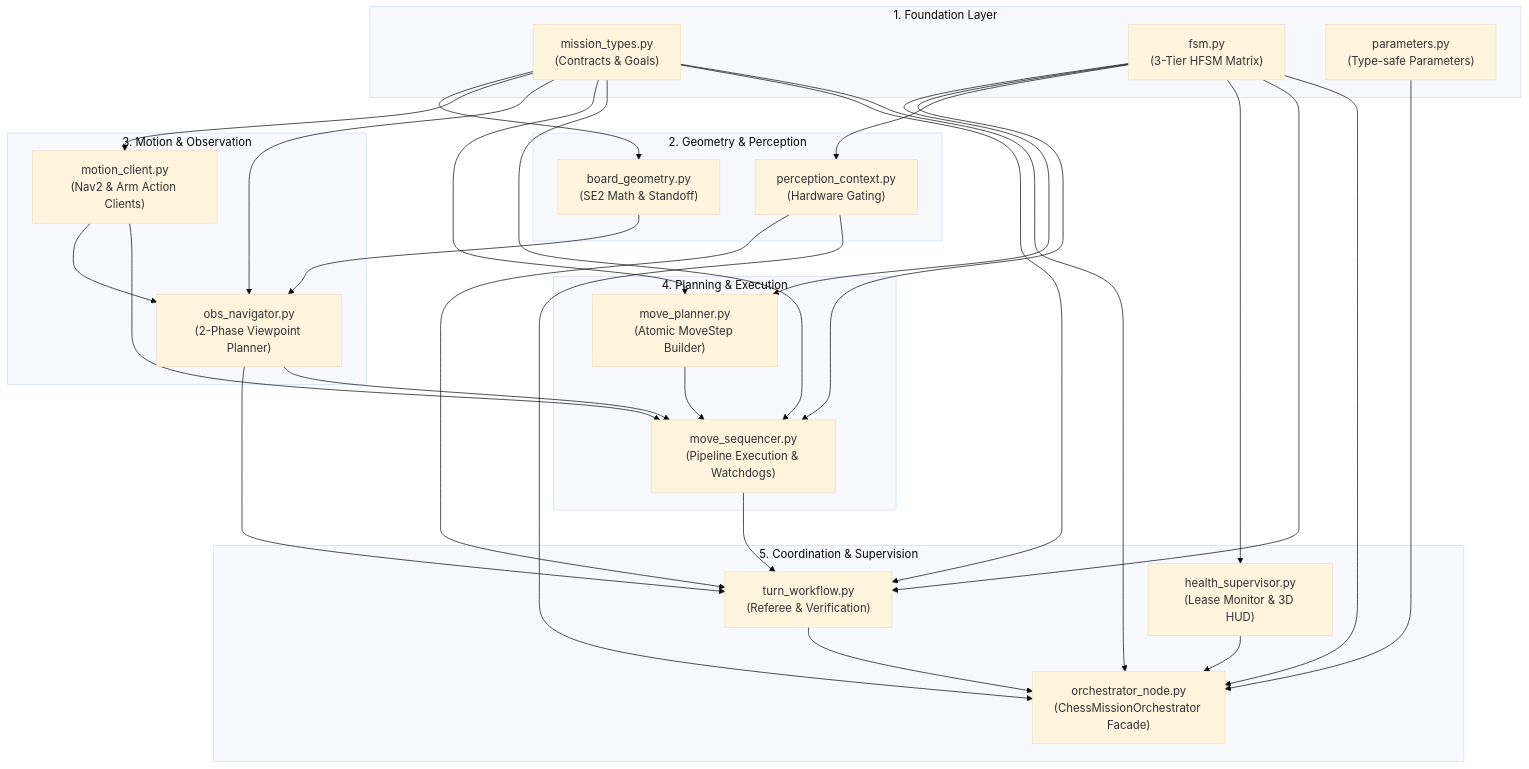
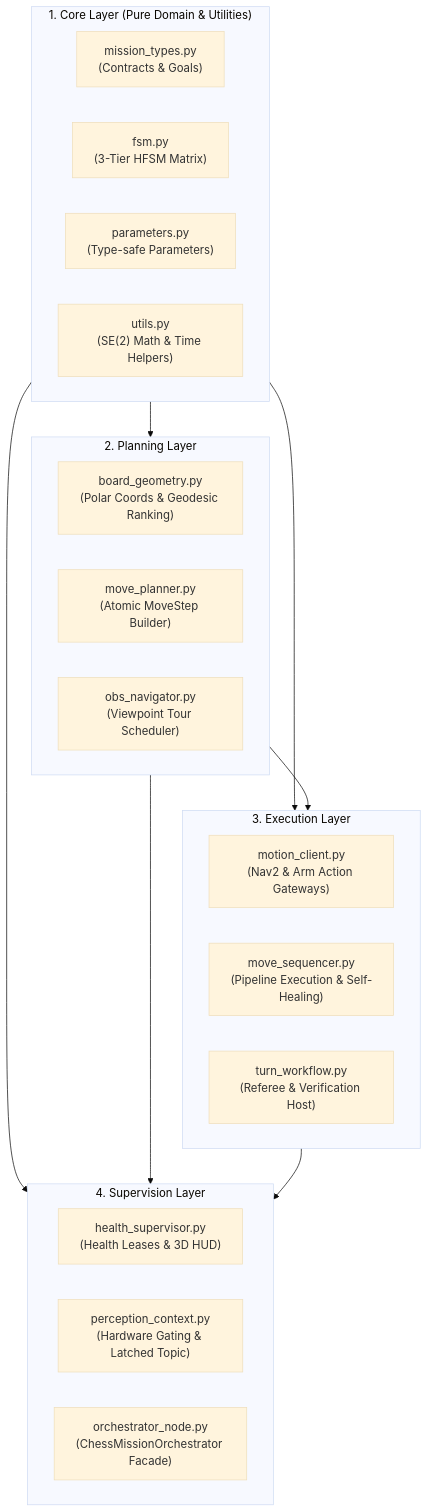
Before and after one commit to DuyKhongCay/lekiwi_ros2: the first of 4 diagrams in lekiwi_orchestrator/README.md, drawn with Mermaid (base theme). The commit also changed other lines of this file and 2 other files, not shown here.

First line of the commit message:
docs: update package READMEs and architecture diagrams for motion, orchestrator, and recorder

````diff
--- a/lekiwi_orchestrator/README.md
+++ b/lekiwi_orchestrator/README.md
@@ -40,41 +44,31 @@
 ```mermaid
 flowchart TD
-    subgraph Foundation ["1. Foundation Layer"]
+    subgraph CoreLayer ["1. Core Layer (Pure Domain & Utilities)"]
         MODELS["mission_types.py<br/>(Contracts & Goals)"]
         FSM["fsm.py<br/>(3-Tier HFSM Matrix)"]
         PARAMS["parameters.py<br/>(Type-safe Parameters)"]
+        UTILS["utils.py<br/>(SE(2) Math & Time Helpers)"]
     end
 
-    subgraph GeometryPerception ["2. Geometry & Perception"]
-        GEOM["board_geometry.py<br/>(SE2 Math & Standoff)"]
-        PERC["perception_context.py<br/>(Hardware Gating)"]
+    subgraph PlanningLayer ["2. Planning Layer"]
+        GEOM["board_geometry.py<br/>(Polar Coords & Geodesic Ranking)"]
+        PLAN["move_planner.py<br/>(Atomic MoveStep Builder)"]
+        OBS["obs_navigator.py<br/>(Viewpoint Tour Scheduler)"]
     end
 
-    subgraph MotionGateways ["3. Motion & Observation"]
-        MOTION["motion_client.py<br/>(Nav2 & Arm Action Clients)"]
-        OBS["obs_navigator.py<br/>(2-Phase Viewpoint Planner)"]
+    subgraph ExecutionLayer ["3. Execution Layer"]
+        MOTION["motion_client.py<br/>(Nav2 & Arm Action Gateways)"]
+        SEQ["move_sequencer.py<br/>(Pipeline Execution & Self-Healing)"]
+        WORKFLOW["turn_workflow.py<br/>(Referee & Verification Host)"]
     end
 
-    subgraph PlanningExecution ["4. Planning & Execution"]
-        PLAN["move_planner.py<br/>(Atomic MoveStep Builder)"]
-        SEQ["move_sequencer.py<br/>(Pipeline Execution & Watchdogs)"]
-    end
-
-    subgraph ApplicationSupervision ["5. Coordination & Supervision"]
-        WORKFLOW["turn_workflow.py<br/>(Referee & Verification)"]
-        HEALTH["health_supervisor.py<br/>(Lease Monitor & 3D HUD)"]
+    subgraph SupervisionLayer ["4. Supervision Layer"]
+        HEALTH["health_supervisor.py<br/>(Health Leases & 3D HUD)"]
+        PERC["perception_context.py<br/>(Hardware Gating & Latched Topic)"]
         NODE["orchestrator_node.py<br/>(ChessMissionOrchestrator Facade)"]
     end
 
-    MODELS --> GEOM & MOTION & OBS & PLAN & SEQ & WORKFLOW & NODE
-    FSM --> PLAN & SEQ & PERC & HEALTH & WORKFLOW & NODE
-    GEOM --> OBS
-    MOTION --> OBS & SEQ
-    PLAN --> SEQ
-    OBS --> WORKFLOW & SEQ
-    SEQ --> WORKFLOW
-    PERC --> WORKFLOW & NODE
-    HEALTH --> NODE
-    WORKFLOW --> NODE
-    PARAMS --> NODE
+    CoreLayer --> PlanningLayer & ExecutionLayer & SupervisionLayer
+    PlanningLayer --> ExecutionLayer & SupervisionLayer
+    ExecutionLayer --> SupervisionLayer
 ```
````
